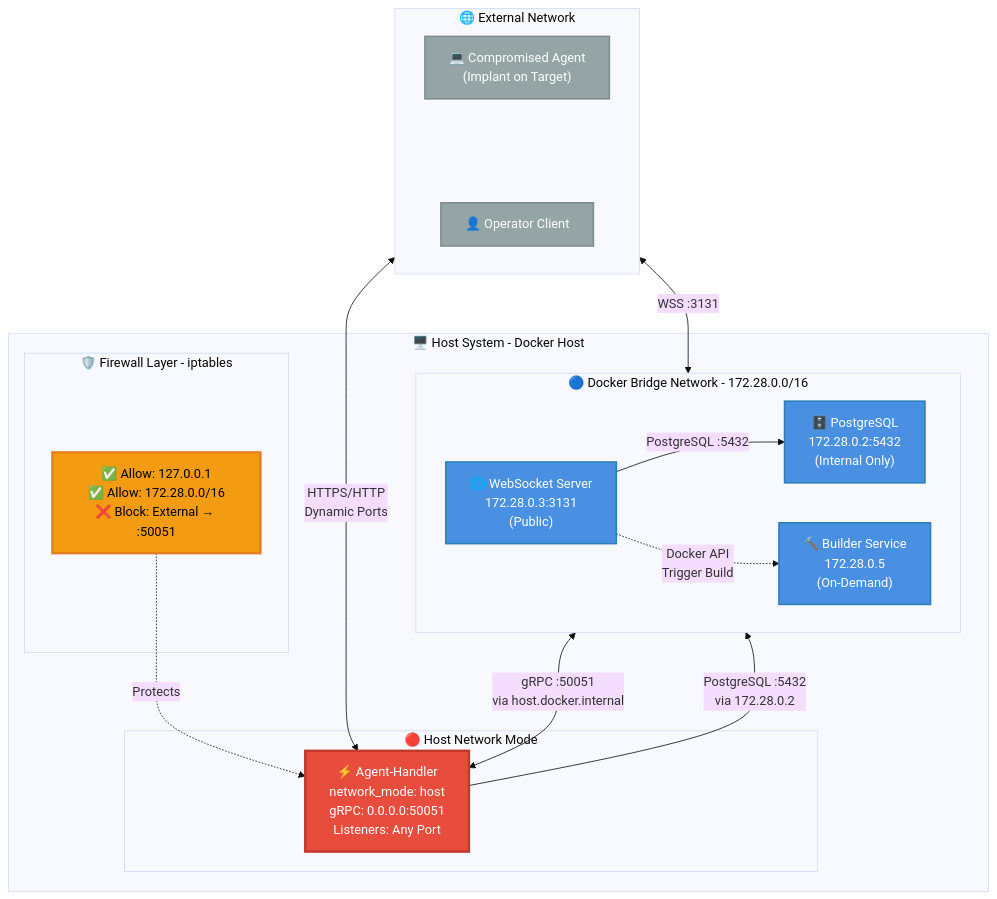
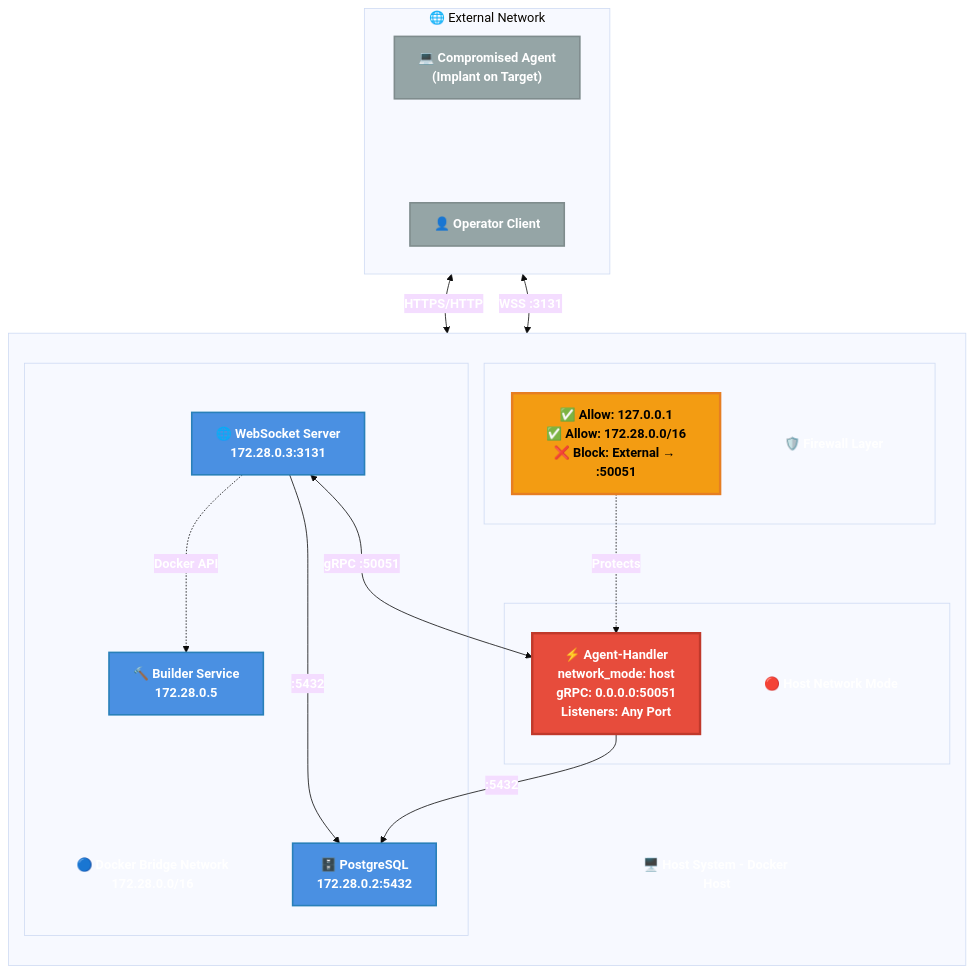
One commit to seahop/NexusC2 changed the diagram in README.md. Above: the diagram before and after it, drawn with Mermaid (base theme).

Commit message:
README updates

````diff
--- a/README.md
+++ b/README.md
@@ -34,52 +34,57 @@
 ```mermaid
 graph TB
     subgraph External["🌐 External Network"]
         direction LR
         Agent["💻 Compromised Agent<br/>(Implant on Target)"]
         Spacer[" "]
         Client["👤 Operator Client"]
     end
 
-    subgraph HostSystem["🖥️ Host System - Docker Host"]
-        subgraph FirewallLayer["🛡️ Firewall Layer - iptables"]
+    subgraph HostSystem[" "]
+        direction TB
+        HostLabel["🖥️ Host System - Docker Host"]
+
+        subgraph FirewallLayer[" "]
+            FW_Label["🛡️ Firewall Layer"]
             FW_Allow["✅ Allow: 127.0.0.1<br/>✅ Allow: 172.28.0.0/16<br/>❌ Block: External → :50051"]
         end
 
-        subgraph HostNetwork["🔴 Host Network Mode"]
+        subgraph HostNetwork[" "]
+            HN_Label["🔴 Host Network Mode"]
             AgentHandler["⚡ Agent-Handler<br/>network_mode: host<br/>gRPC: 0.0.0.0:50051<br/>Listeners: Any Port"]
         end
 
-        subgraph DockerBridge["🔵 Docker Bridge Network - 172.28.0.0/16"]
-            direction LR
-            Database["🗄️ PostgreSQL<br/>172.28.0.2:5432<br/>(Internal Only)"]
-            Websocket["🌐 WebSocket Server<br/>172.28.0.3:3131<br/>(Public)"]
-            Builder["🔨 Builder Service<br/>172.28.0.5<br/>(On-Demand)"]
+        subgraph DockerBridge[" "]
+            DB_Label["🔵 Docker Bridge Network<br/>172.28.0.0/16"]
+            Database["🗄️ PostgreSQL<br/>172.28.0.2:5432"]
+            Websocket["🌐 WebSocket Server<br/>172.28.0.3:3131"]
+            Builder["🔨 Builder Service<br/>172.28.0.5"]
         end
     end
 
-    %% External Connections - Separated paths
-    Agent <-->|"HTTPS/HTTP<br/>Dynamic Ports"| AgentHandler
+    %% External Connections
+    Agent <-->|"HTTPS/HTTP"| AgentHandler
     Client <-->|"WSS :3131"| Websocket
 
-    %% Internal Docker Bridge Network
-    Websocket <-->|"gRPC :50051<br/>via host.docker.internal"| AgentHandler
-    Websocket -->|"PostgreSQL :5432"| Database
-    AgentHandler -->|"PostgreSQL :5432<br/>via 172.28.0.2"| Database
-    Websocket -.->|"Docker API<br/>Trigger Build"| Builder
-
-    %% Firewall Protection
+    %% Internal connections
+    Websocket <-->|"gRPC :50051"| AgentHandler
+    Websocket -->|":5432"| Database
+    AgentHandler -->|":5432"| Database
+    Websocket -.->|"Docker API"| Builder
     FW_Allow -.->|"Protects"| AgentHandler
 
     %% Styling
     classDef hostNet fill:#e74c3c,stroke:#c0392b,stroke-width:3px,color:#fff
     classDef bridgeNet fill:#4a90e2,stroke:#2980b9,stroke-width:2px,color:#fff
     classDef external fill:#95a5a6,stroke:#7f8c8d,stroke-width:2px,color:#fff
     classDef firewall fill:#f39c12,stroke:#e67e22,stroke-width:3px,color:#000
     classDef spacer fill:none,stroke:none,color:transparent
+    classDef label fill:none,stroke:none,color:#fff,font-weight:bold
 
     class AgentHandler hostNet
     class Database,Websocket,Builder bridgeNet
     class Agent,Client external
     class FW_Allow firewall
     class Spacer spacer
+    class HostLabel,FW_Label,HN_Label,DB_Label label
 ```
````
